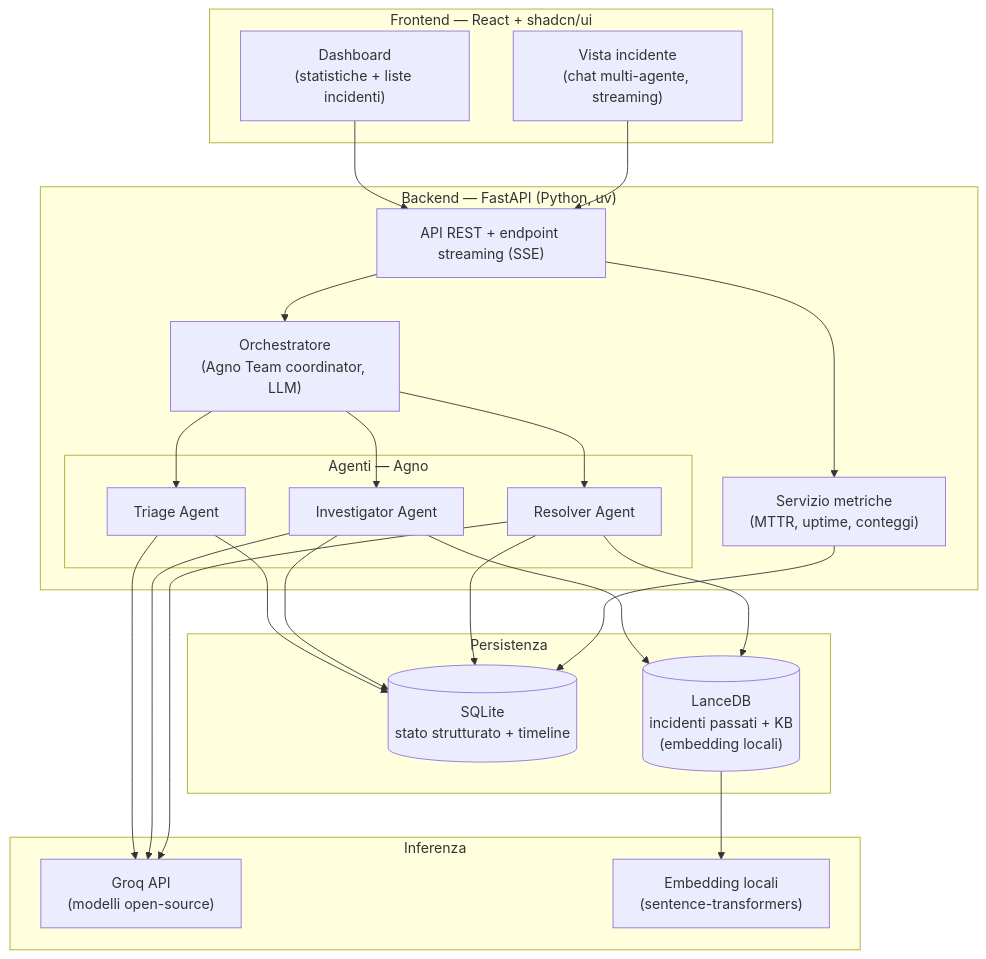
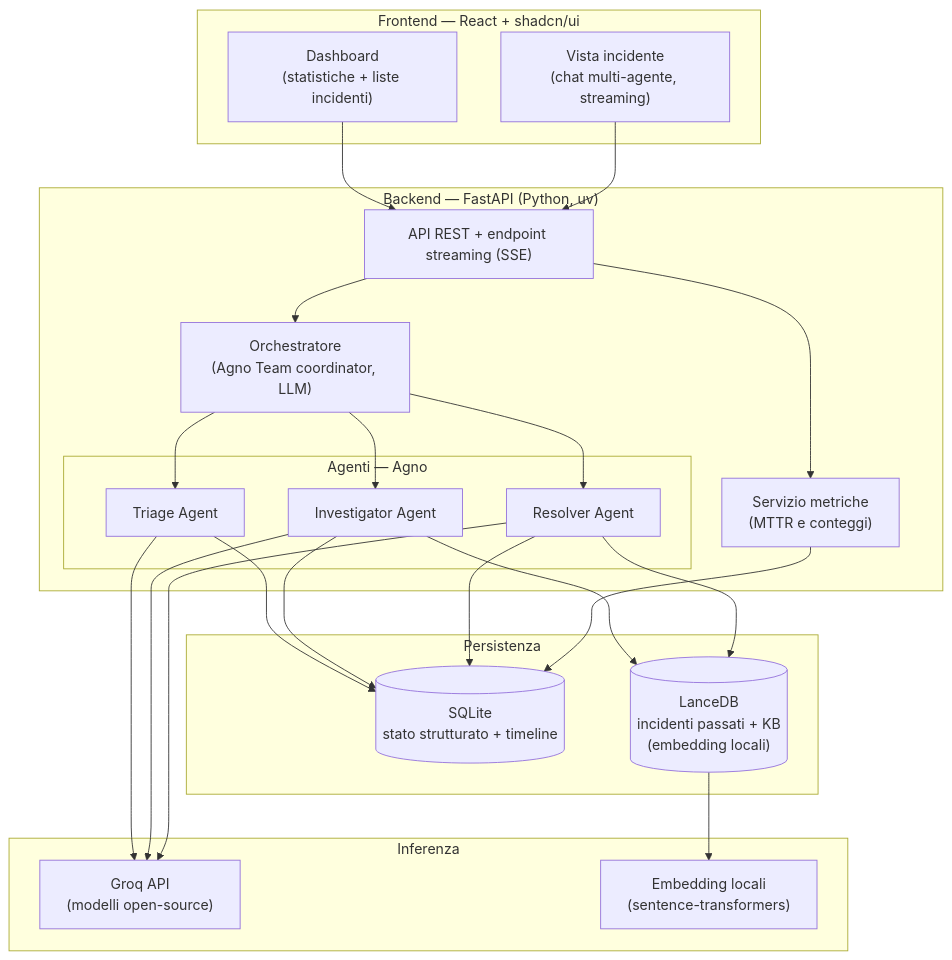
The second of 2 diagrams in docs/Debrief_Documentazione_Tecnica.md (lama-development/debrief), drawn with Mermaid before and after one commit. The commit also changed other lines of this file and 17 other files, not shown here.

````diff
--- a/docs/Debrief_Documentazione_Tecnica.md
+++ b/docs/Debrief_Documentazione_Tecnica.md
@@ -80,39 +80,39 @@
 ```mermaid
 flowchart TB
     subgraph FE["Frontend — React + shadcn/ui"]
         DASH["Dashboard\n(statistiche + liste incidenti)"]
         CHAT["Vista incidente\n(chat multi-agente, streaming)"]
     end
 
     subgraph BE["Backend — FastAPI (Python, uv)"]
         API["API REST + endpoint streaming (SSE)"]
         ORCH["Orchestratore\n(Agno Team coordinator, LLM)"]
         subgraph AGENTS["Agenti — Agno"]
             A1["Triage Agent"]
             A2["Investigator Agent"]
             A3["Resolver Agent"]
         end
-        METRICS["Servizio metriche\n(MTTR, uptime, conteggi)"]
+        METRICS["Servizio metriche\n(MTTR e conteggi)"]
     end
 
     subgraph DATA["Persistenza"]
         SQL[("SQLite\nstato strutturato + timeline")]
         LANCE[("LanceDB\nincidenti passati + KB\n(embedding locali)")]
     end
 
     subgraph LLMP["Inferenza"]
         GROQ["Groq API\n(modelli open-source)"]
         EMB["Embedding locali\n(sentence-transformers)"]
     end
 
     DASH --> API
     CHAT --> API
     API --> ORCH
     API --> METRICS
     ORCH --> A1 & A2 & A3
     A1 & A2 & A3 --> GROQ
     A2 & A3 --> LANCE
     A1 & A2 & A3 --> SQL
     METRICS --> SQL
     LANCE --> EMB
 ```
````
